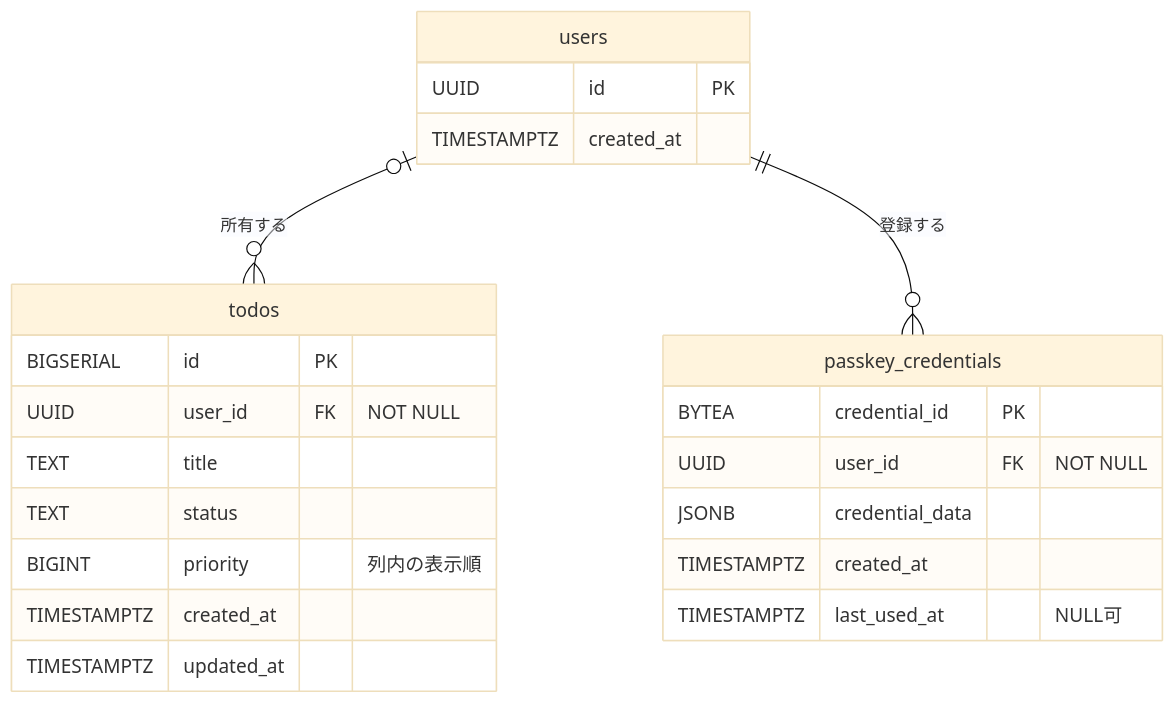
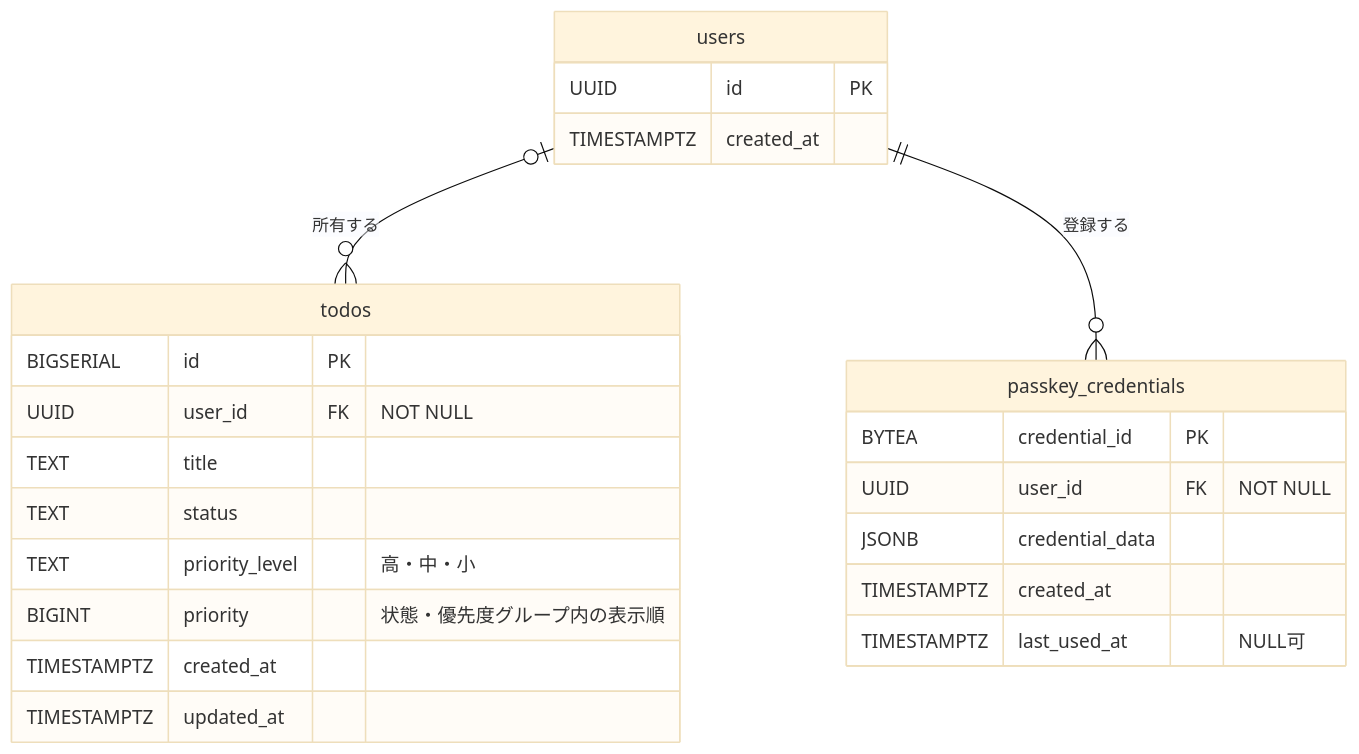
Before and after one commit to Kyoya67/passkey-todo: the first of 3 diagrams in DESIGN.md, drawn with Mermaid (base theme). The commit also changed other lines of this file and 20 other files, not shown here.

Commit message:
Add priority level to todos and enhance drag-and-drop functionality

``````diff
--- a/DESIGN.md
+++ b/DESIGN.md
@@ -251,28 +251,29 @@
 `````mermaid
 erDiagram
     users o|--o{ todos : "所有する"
     users ||--o{ passkey_credentials : "登録する"
 
     users {
         UUID id PK
         TIMESTAMPTZ created_at
     }
 
     todos {
         BIGSERIAL id PK
         UUID user_id FK "NOT NULL"
         TEXT title
         TEXT status
-        BIGINT priority "列内の表示順"
+        TEXT priority_level "高・中・小"
+        BIGINT priority "状態・優先度グループ内の表示順"
         TIMESTAMPTZ created_at
         TIMESTAMPTZ updated_at
     }
 
     passkey_credentials {
         BYTEA credential_id PK
         UUID user_id FK "NOT NULL"
         JSONB credential_data
         TIMESTAMPTZ created_at
         TIMESTAMPTZ last_used_at "NULL可"
     }
 `````
``````
